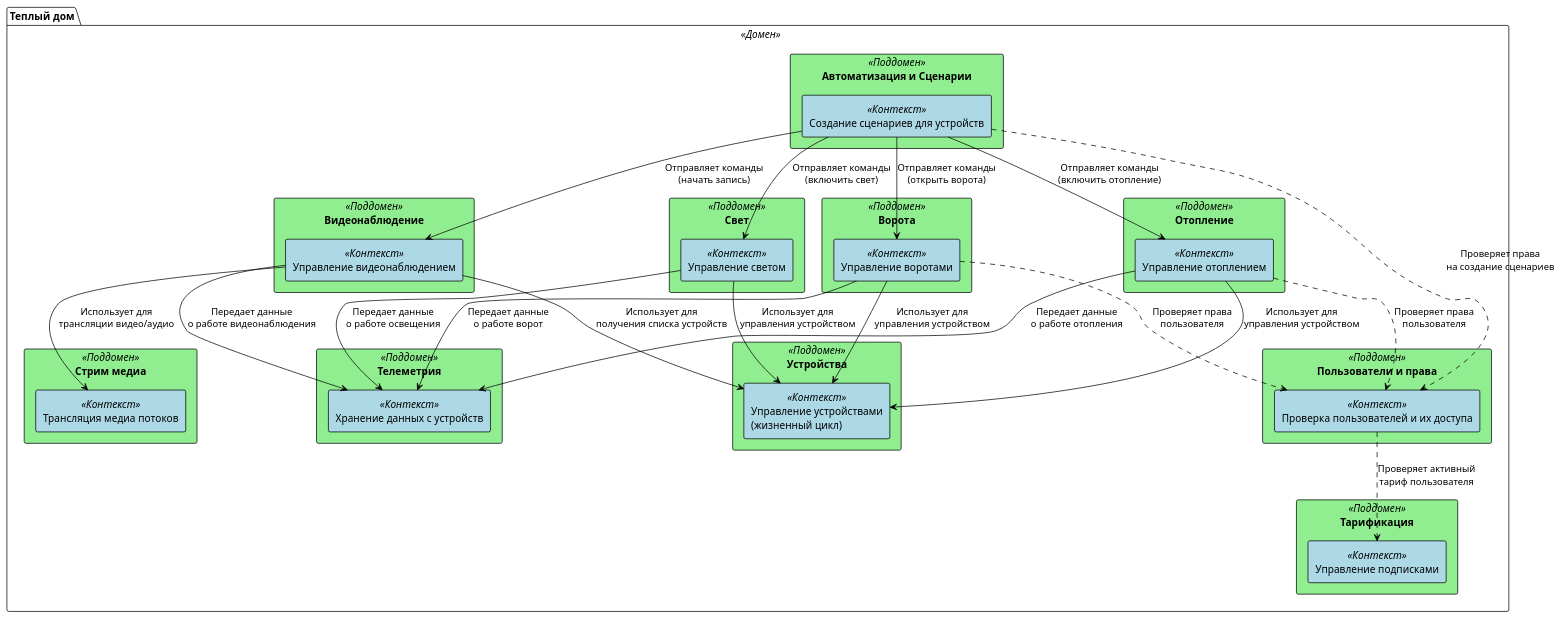
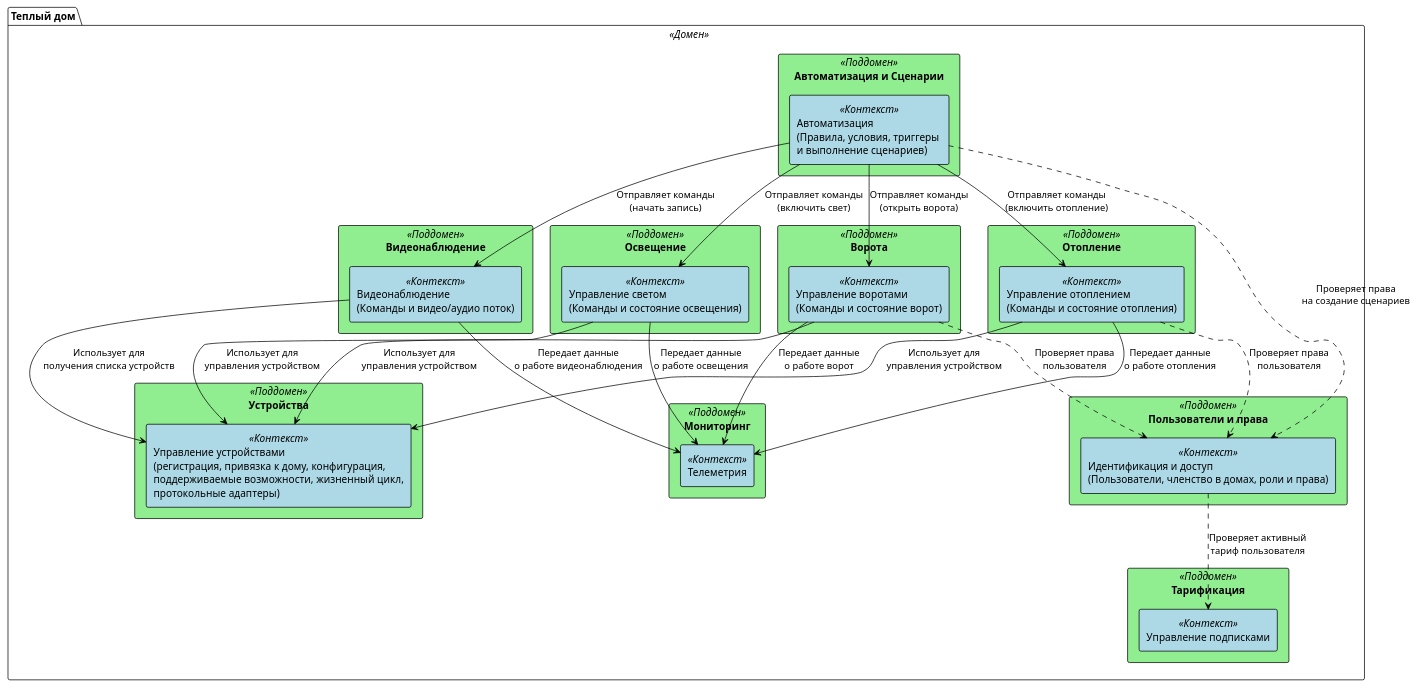
The diagram in diagrams/context_and_domains/context_and_domains.puml (skv0zsneg/architecture-pro-warmhouse), drawn with PlantUML before and after one commit.

```diff
--- a/diagrams/context_and_domains/context_and_domains.puml
+++ b/diagrams/context_and_domains/context_and_domains.puml
@@ -1,81 +1,74 @@
 @startuml
 !theme plain
 skinparam componentStyle rectangle
 skinparam shadowing false
 
 package "Теплый дом" <<Домен>> {
 
     rectangle "Устройства" <<Поддомен>> as У #LightGreen {
-      rectangle "Управление устройствами\n(жизненный цикл)" <<Контекст>> as УУ #LightBlue
+      rectangle "Управление устройствами\n(регистрация, привязка к дому, конфигурация, \nподдерживаемые возможности, жизненный цикл,\nпротокольные адаптеры)" <<Контекст>> as УУ #LightBlue
     }
 
-    rectangle "Стрим медиа" <<Поддомен>> as СМ #LightGreen {
-      rectangle "Трансляция медиа потоков" <<Контекст>> as ТМ #LightBlue
-    }
-
-    rectangle "Телеметрия" <<Поддомен>> as ТЕЛ #LightGreen {
-      rectangle "Хранение данных с устройств" <<Контекст>> as ХТЕЛ #LightBlue
+    rectangle "Мониторинг" <<Поддомен>> as ТЕЛ #LightGreen {
+      rectangle "Телеметрия" <<Контекст>> as ХТЕЛ #LightBlue
     }
 
     rectangle "Отопление" <<Поддомен>> as О #LightGreen {
-        rectangle "Управление отоплением" <<Контекст>> as УО #LightBlue
+        rectangle "Управление отоплением\n(Команды и состояние отопления)" <<Контекст>> as УО #LightBlue
     }
 
-    rectangle "Свет" <<Поддомен>> as С #LightGreen {
-        rectangle "Управление светом" <<Контекст>> as УС #LightBlue
+    rectangle "Освещение" <<Поддомен>> as С #LightGreen {
+        rectangle "Управление светом\n(Команды и состояние освещения)" <<Контекст>> as УС #LightBlue
     }
 
     rectangle "Ворота" <<Поддомен>> as В #LightGreen {
-        rectangle "Управление воротами" <<Контекст>> as УВ #LightBlue
+        rectangle "Управление воротами\n(Команды и состояние ворот)" <<Контекст>> as УВ #LightBlue
     }
 
     rectangle "Видеонаблюдение" <<Поддомен>> as ВН #LightGreen {
-        rectangle "Управление видеонаблюдением" <<Контекст>> as УВН #LightBlue
+        rectangle "Видеонаблюдение\n(Команды и видео/аудио поток)" <<Контекст>> as УВН #LightBlue
     }
 
     rectangle "Автоматизация и Сценарии" <<Поддомен>> as АС #LightGreen {
-        rectangle "Создание сценариев для устройств" <<Контекст>> as ССТ #LightBlue
+        rectangle "Автоматизация\n(Правила, условия, триггеры \nи выполнение сценариев)" <<Контекст>> as ССТ #LightBlue
     }
 
     rectangle "Пользователи и права" <<Поддомен>> as ПП #LightGreen {
-      rectangle "Проверка пользователей и их доступа" <<Контекст>> as ПКД #LightBlue
+      rectangle "Идентификация и доступ\n(Пользователи, членство в домах, роли и права)" <<Контекст>> as ПКД #LightBlue
     }
 
     rectangle "Тарификация" <<Поддомен>> as Т #LightGreen {
         rectangle "Управление подписками" <<Контекст>> as ПТ #LightBlue
     }
 
 }
 
 ' === Отношения ===
 
 ' Доменные контексты используют Устройства
 УО -down-> УУ : Использует для\nуправления устройством
 УВ -down-> УУ : Использует для\nуправления устройством
 УС -down-> УУ : Использует для\nуправления устройством
 УВН -down-> УУ : Использует для\nполучения списка устройств
 
 ' Сценарии отправляют команды в доменные контексты
 ССТ -down-> УО : Отправляет команды\n(включить отопление)
 ССТ -down-> УВ : Отправляет команды\n(открыть ворота)
 ССТ -down-> УС : Отправляет команды\n(включить свет)
 ССТ -down-> УВН : Отправляет команды\n(начать запись)
 
-' Видеонаблюдение использует Стрим медиа
-УВН -down-> ТМ : Использует для\nтрансляции видео/аудио
-
 ' Все доменные контексты отправляют данные в Телеметрию
 УО -down-> ХТЕЛ : Передает данные\nо работе отопления
 УВ -down-> ХТЕЛ : Передает данные\nо работе ворот
 УС -down-> ХТЕЛ : Передает данные\nо работе освещения
 УВН -down-> ХТЕЛ : Передает данные\nо работе видеонаблюдения
 
 ' Пользователи и права проверяются доменными контекстами
 УО ..> ПКД : Проверяет права\nпользователя
 УВ ..> ПКД : Проверяет права\nпользователя
 ССТ ..> ПКД : Проверяет права\nна создание сценариев
 
 ' Тарификация проверяется Пользователями и правами
 ПКД ..> ПТ : Проверяет активный\nтариф пользователя
 
 @enduml
```
